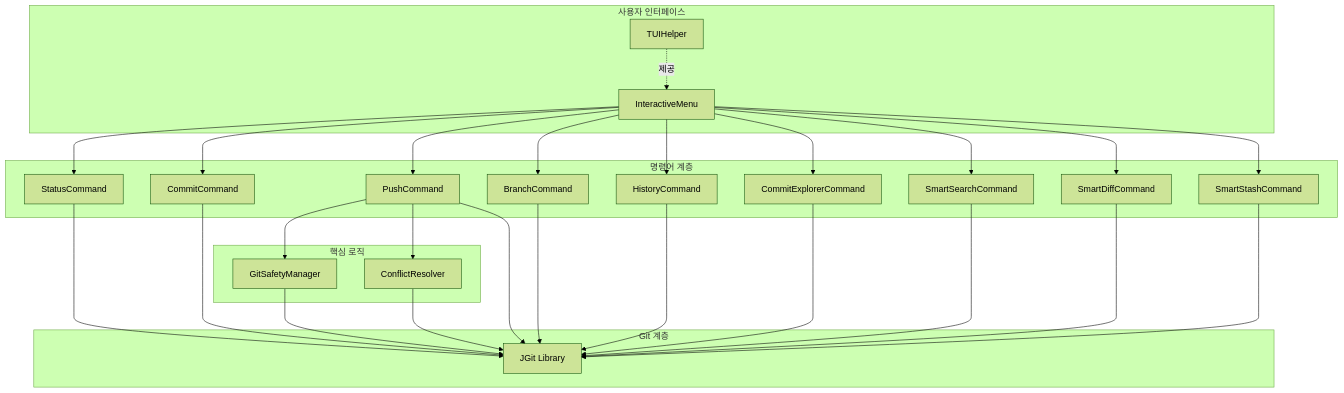
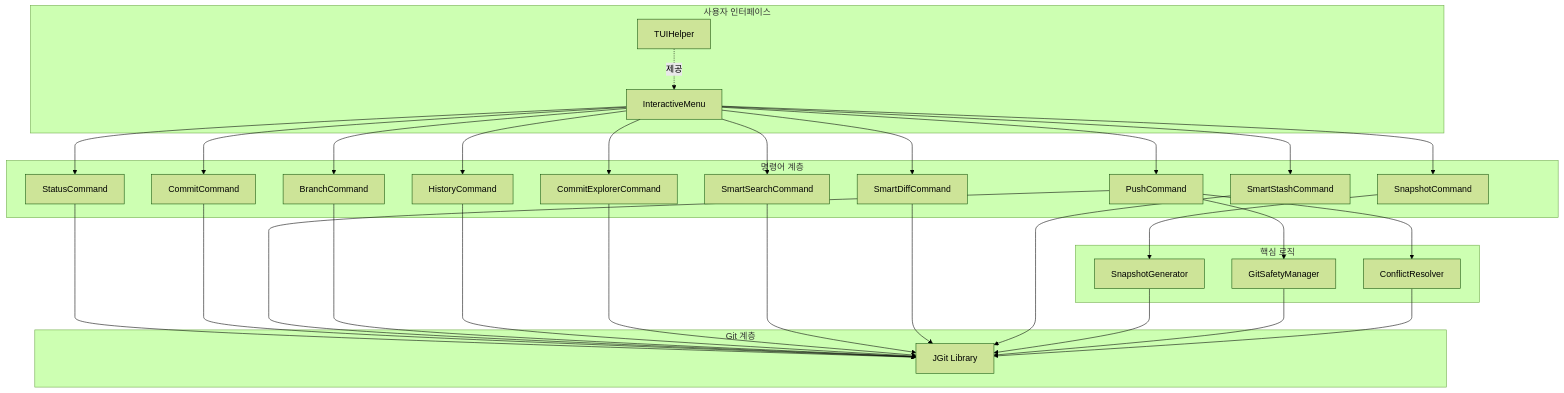
One commit to hslcrb/Su-pergit-jevi changed the sixth of 11 diagrams in README.md. Above: the diagram before and after it, drawn with Mermaid (forest theme). The commit also changed other lines of this file, not shown here.

````diff
--- a/README.md
+++ b/README.md
@@ -444,56 +509,61 @@
 ```mermaid
 graph TB
     subgraph "사용자 인터페이스"
         A[InteractiveMenu]
         B[TUIHelper]
     end
     
     subgraph "명령어 계층"
         C[StatusCommand]
         D[CommitCommand]
         E[PushCommand]
         F[BranchCommand]
         G[HistoryCommand]
         H[CommitExplorerCommand]
         I[SmartSearchCommand]
         J[SmartDiffCommand]
         K[SmartStashCommand]
+        L[SnapshotCommand]
     end
     
     subgraph "핵심 로직"
-        L[GitSafetyManager]
-        M[ConflictResolver]
+        M[GitSafetyManager]
+        N[ConflictResolver]
+        O[SnapshotGenerator]
     end
     
     subgraph "Git 계층"
-        N[JGit Library]
+        P[JGit Library]
     end
     
     A --> C
     A --> D
     A --> E
     A --> F
     A --> G
     A --> H
     A --> I
     A --> J
     A --> K
+    A --> L
     
-    E --> L
     E --> M
+    E --> N
+    L --> O
     
-    C --> N
-    D --> N
-    E --> N
-    F --> N
-    G --> N
-    H --> N
-    I --> N
-    J --> N
-    K --> N
+    C --> P
+    D --> P
+    E --> P
+    F --> P
+    G --> P
+    H --> P
+    I --> P
+    J --> P
+    K --> P
+    O --> P
     
-    L --> N
-    M --> N
+    M --> P
+    N --> P
     
     B -.제공.-> A
 ```
````
